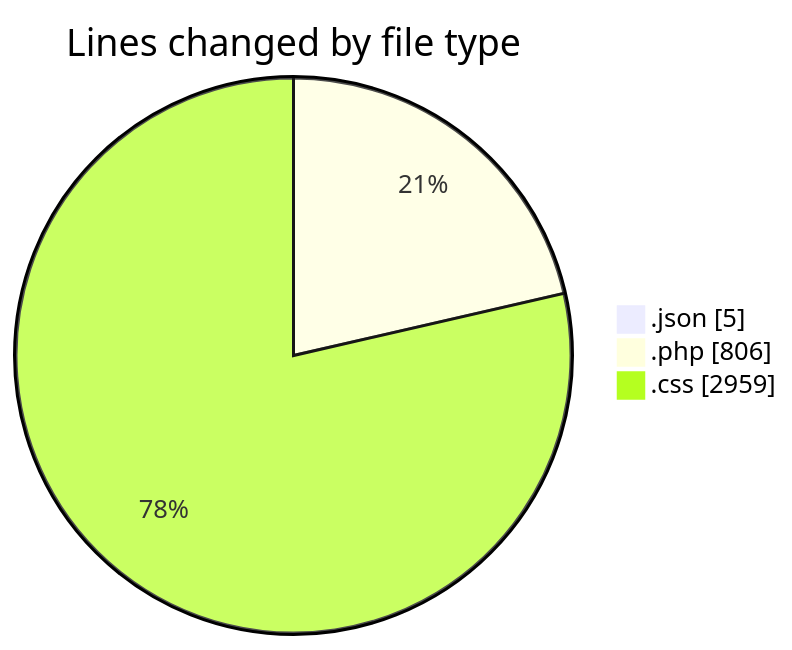
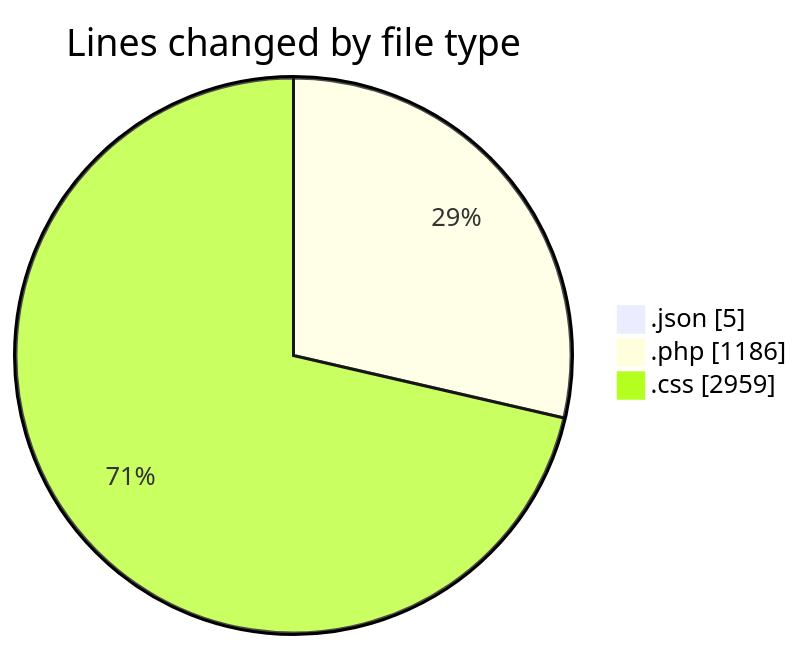
One commit to debugP/code-tracking changed the first of 2 diagrams in 2026-07-01/wp-content/README.md. Above: the diagram before and after it, drawn with Mermaid. The commit also changed other lines of this file and 1 other file, not shown here.

````diff
--- a/2026-07-01/wp-content/README.md
+++ b/2026-07-01/wp-content/README.md
@@ -26,7 +30,7 @@
 ```mermaid
 pie showData
 title Lines changed by file type
 ".json" : 5
-".php" : 806
+".php" : 1186
 ".css" : 2959
 ```
````
